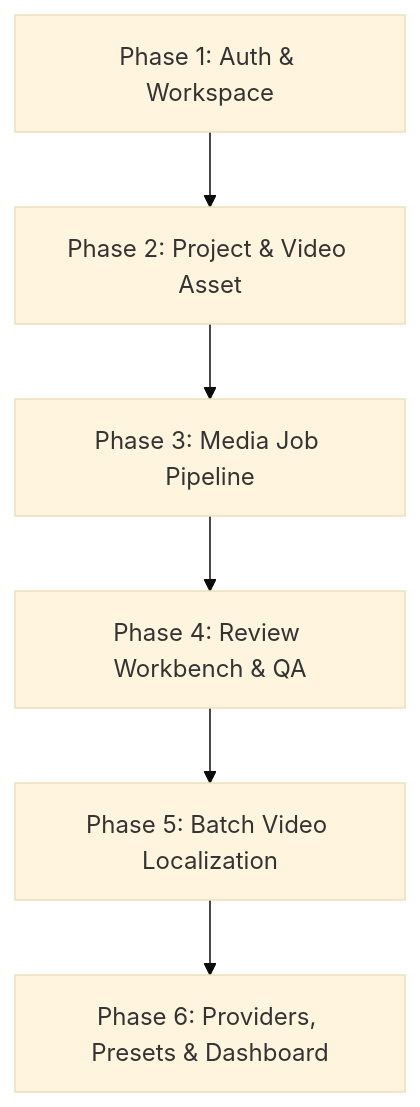
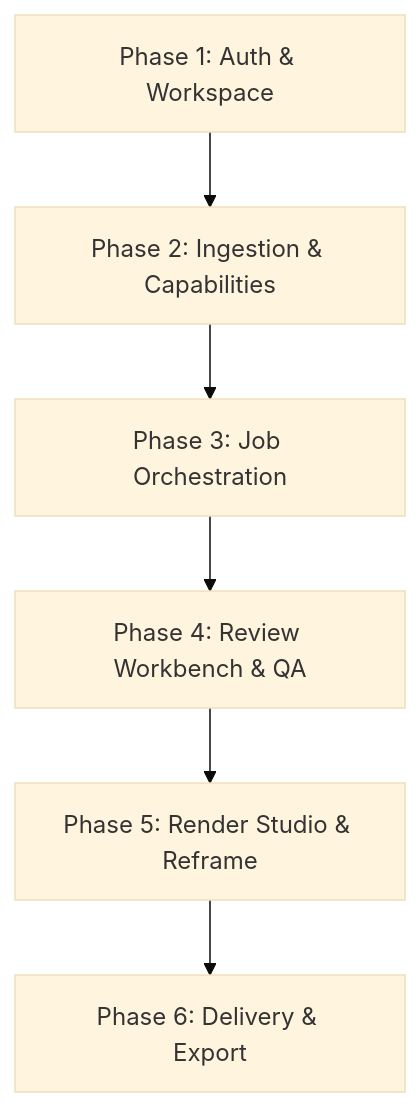
One commit to Hoc273/TransFlow changed the first of 4 diagrams in docs/BACKEND_MISSING_IMPLEMENTATION_AND_INTEGRATION_PLAN.md. Above: the diagram before and after it, drawn with Mermaid (base theme). The commit also changed other lines of this file and 47 other files, not shown here.

First line of the commit message:
feat(media-studio): upgrade media studio UI, resolve FE-BE conflicts, and update integration plan

````diff
--- a/docs/BACKEND_MISSING_IMPLEMENTATION_AND_INTEGRATION_PLAN.md
+++ b/docs/BACKEND_MISSING_IMPLEMENTATION_AND_INTEGRATION_PLAN.md
@@ -387,8 +435,8 @@
 ```mermaid
 flowchart TD
-    P1["Phase 1: Auth & Workspace"] --> P2["Phase 2: Project & Video Asset"]
-    P2 --> P3["Phase 3: Media Job Pipeline"]
+    P1["Phase 1: Auth & Workspace"] --> P2["Phase 2: Ingestion & Capabilities"]
+    P2 --> P3["Phase 3: Job Orchestration"]
     P3 --> P4["Phase 4: Review Workbench & QA"]
-    P4 --> P5["Phase 5: Batch Video Localization"]
-    P5 --> P6["Phase 6: Providers, Presets & Dashboard"]
+    P4 --> P5["Phase 5: Render Studio & Reframe"]
+    P5 --> P6["Phase 6: Delivery & Export"]
 ```
````
